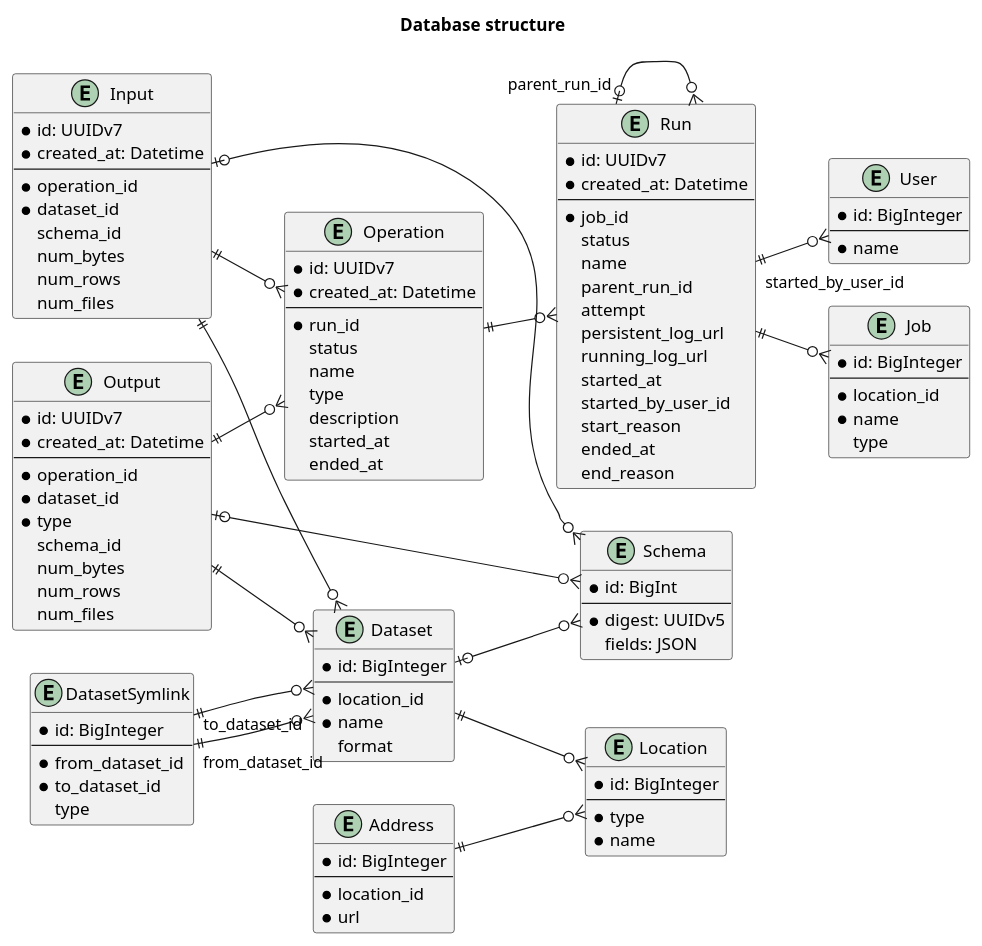
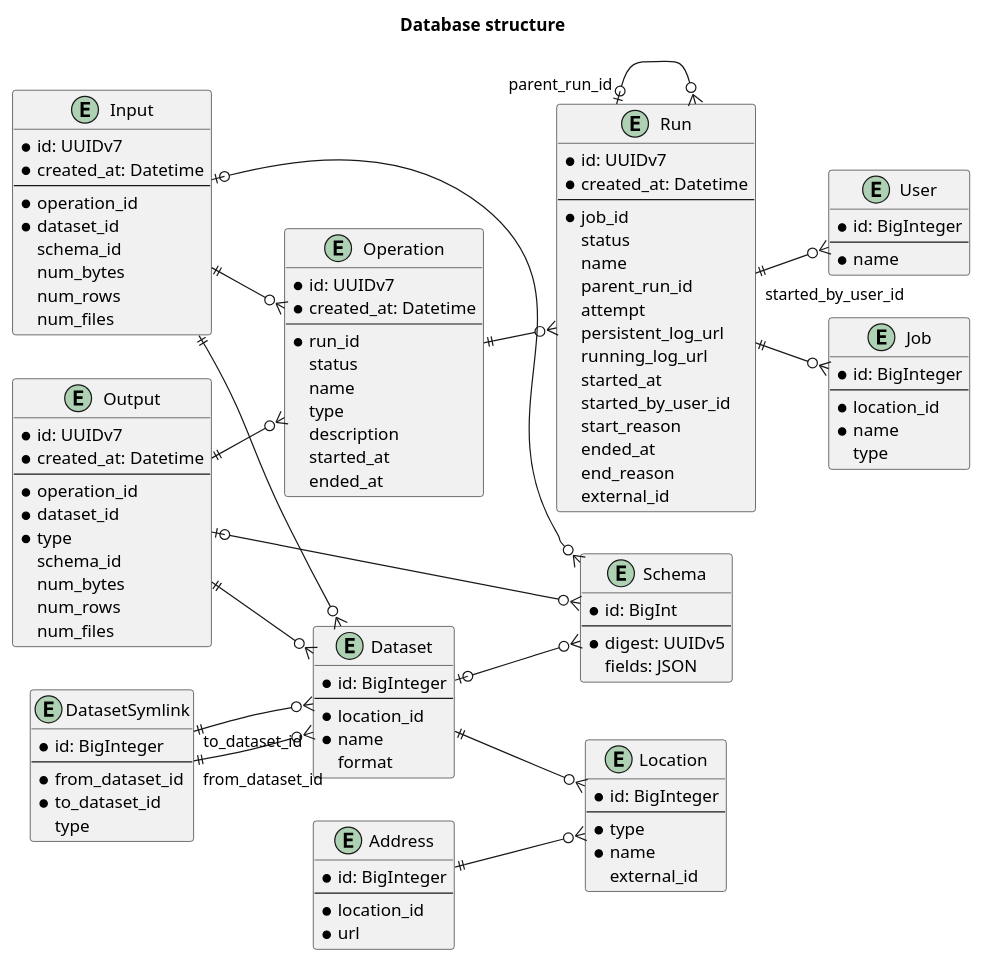
Before and after one commit to MobileTeleSystems/data-rentgen: the diagram in data_rentgen/db/models/README.rst, drawn with PlantUML.

Commit message:
[DOP-20047] update UML diagram

```diff
--- a/data_rentgen/db/models/README.rst
+++ b/data_rentgen/db/models/README.rst
@@ -28,6 +28,7 @@
         ----
         * type
         * name
+        external_id
     }
 
     entity Dataset {
@@ -70,6 +71,7 @@
         start_reason
         ended_at
         end_reason
+        external_id
     }
 
     entity Operation {
```
